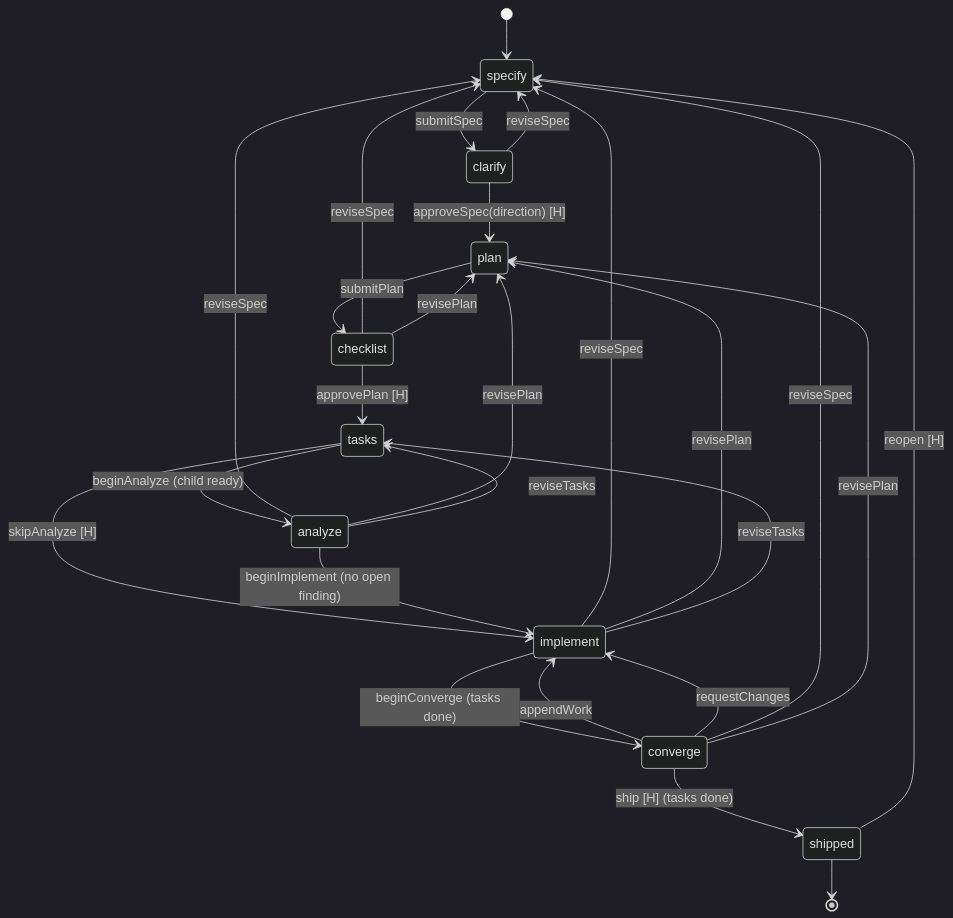
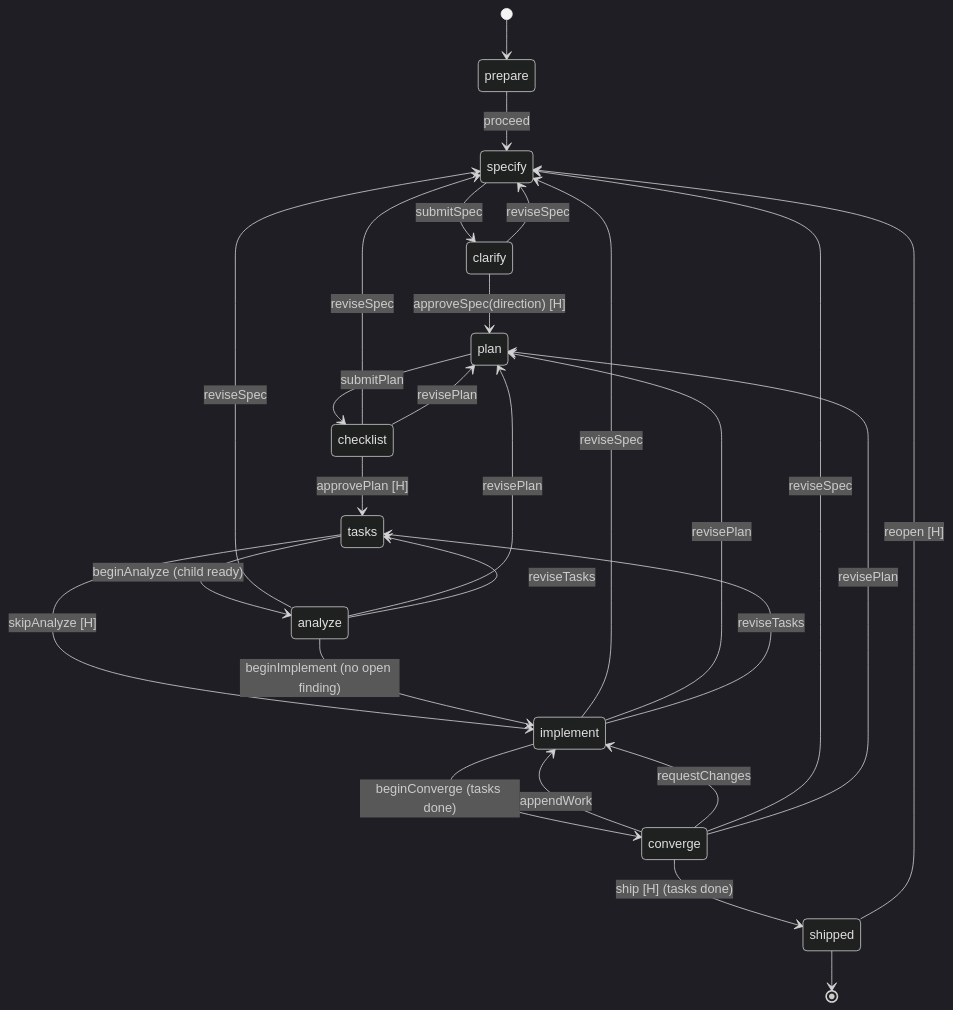
One commit to dsschneidermann-org/pasta-dev changed the second of 4 diagrams in docs/speckit-workflows.md. Above: the diagram before and after it, drawn with Mermaid (dark theme). The commit also changed other lines of this file and 7 other files, not shown here.

````diff
--- a/docs/speckit-workflows.md
+++ b/docs/speckit-workflows.md
@@ -152,28 +157,29 @@
 ```mermaid
 stateDiagram-v2
-  [*] --> specify
+  [*] --> prepare
+  prepare --> specify: proceed
   specify --> clarify: submitSpec
   clarify --> plan: approveSpec(direction) [H]
   plan --> checklist: submitPlan
   checklist --> tasks: approvePlan [H]
   tasks --> analyze: beginAnalyze (child ready)
   tasks --> implement: skipAnalyze [H]
   analyze --> implement: beginImplement (no open finding)
   implement --> converge: beginConverge (tasks done)
   converge --> implement: appendWork
   converge --> shipped: ship [H] (tasks done)
   converge --> implement: requestChanges
   clarify --> specify: reviseSpec
   checklist --> specify: reviseSpec
   analyze --> specify: reviseSpec
   implement --> specify: reviseSpec
   converge --> specify: reviseSpec
   checklist --> plan: revisePlan
   analyze --> plan: revisePlan
   implement --> plan: revisePlan
   converge --> plan: revisePlan
   analyze --> tasks: reviseTasks
   implement --> tasks: reviseTasks
   shipped --> specify: reopen [H]
   shipped --> [*]
 ```
````
